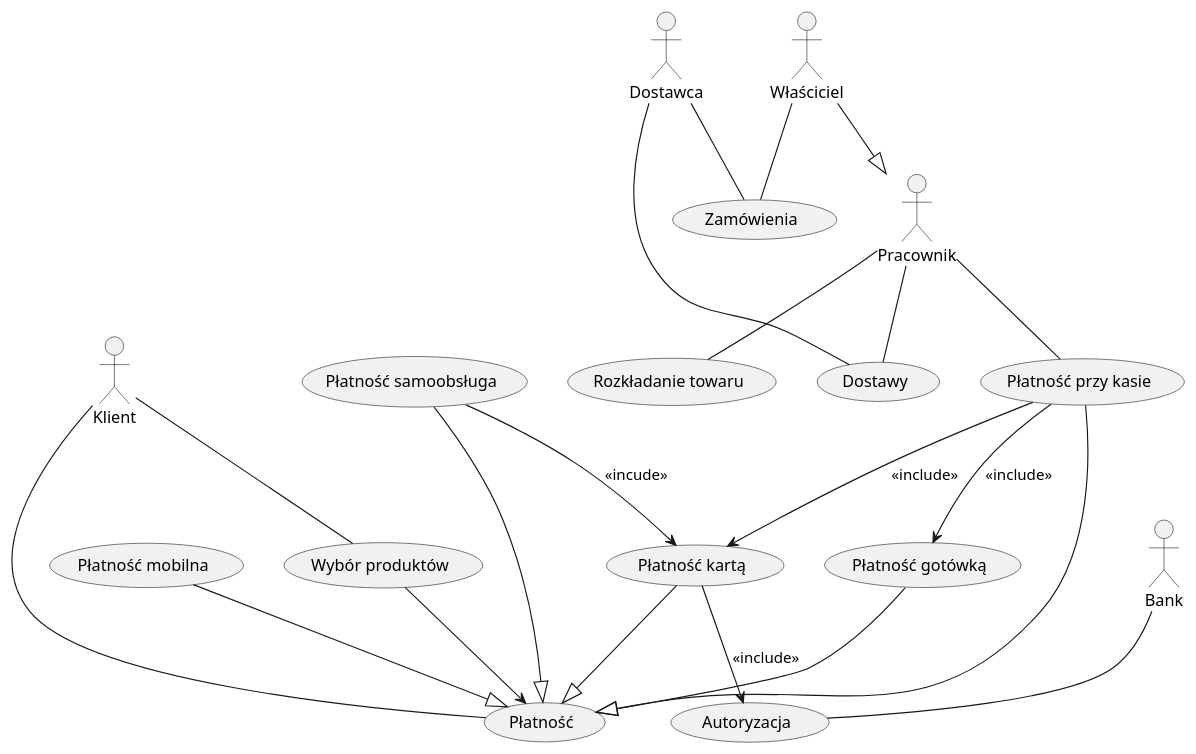
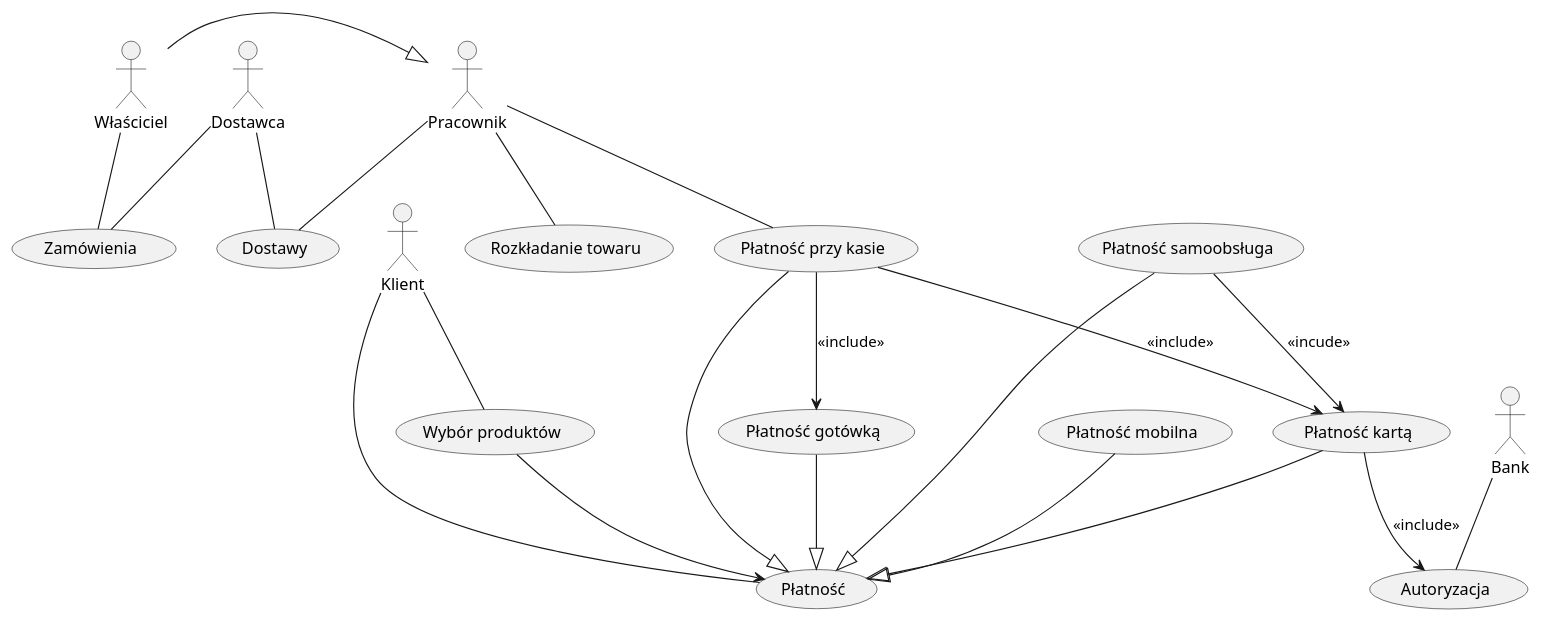
Before and after one commit to kpodlaski/Projektowanie_obiektowe_2022: the diagram in zaoczne/G2/sklep_usecase_diagram.plantuml, drawn with PlantUML. The commit also changed 1 other file, not shown here.

```diff
--- a/zaoczne/G2/sklep_usecase_diagram.plantuml
+++ b/zaoczne/G2/sklep_usecase_diagram.plantuml
@@ -1,42 +1,42 @@
 @startuml
 actor Klient
 actor Pracownik
 actor Właściciel
 actor Bank 
 actor Dostawca 
 
 
 usecase (Wybór produktów)
 usecase (Płatność)
 usecase (Płatność mobilna)
 usecase (Płatność przy kasie)
 usecase (Płatność samoobsługa)
 usecase (Płatność kartą)
 usecase (Płatność gotówką)
 usecase (Autoryzacja)
 usecase (Rozkładanie towaru)
 usecase (Dostawy)
 usecase (Zamówienia)
 
-Właściciel --|> Pracownik
+Właściciel -|> Pracownik
 Dostawca -- (Dostawy)
 Pracownik -- (Dostawy)
 Pracownik -- (Rozkładanie towaru)
 Pracownik -- (Płatność przy kasie)
 Klient -- (Płatność)
 Klient -- (Wybór produktów)
 Bank -- (Autoryzacja)
 Dostawca -- (Zamówienia)
 Właściciel -- (Zamówienia)
 
 (Płatność kartą) --> (Autoryzacja) : <<include>>
 (Płatność przy kasie) --> (Płatność kartą) : <<include>>
 (Płatność przy kasie) --> (Płatność gotówką) : <<include>>
 (Płatność samoobsługa) --> (Płatność kartą) : <<incude>>
 (Płatność kartą) --|> (Płatność)
 (Płatność gotówką) --|> (Płatność)
 (Płatność przy kasie) --|> (Płatność)
 (Płatność samoobsługa) --|> (Płatność)
 (Płatność mobilna) --|> (Płatność)
 (Wybór produktów) --> (Płatność)
 @enduml
```
